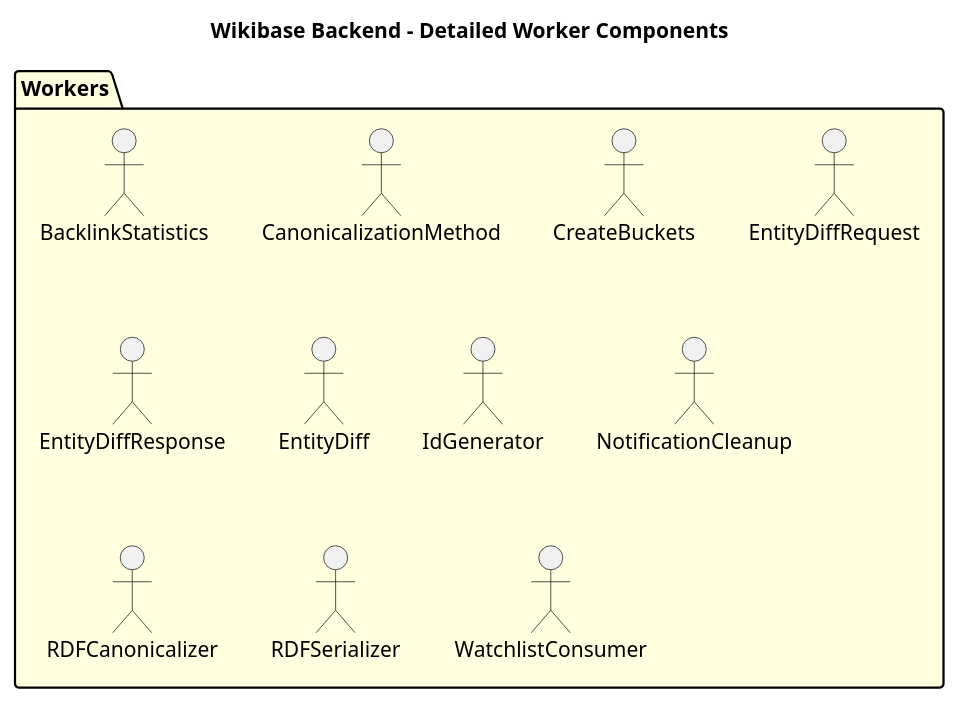
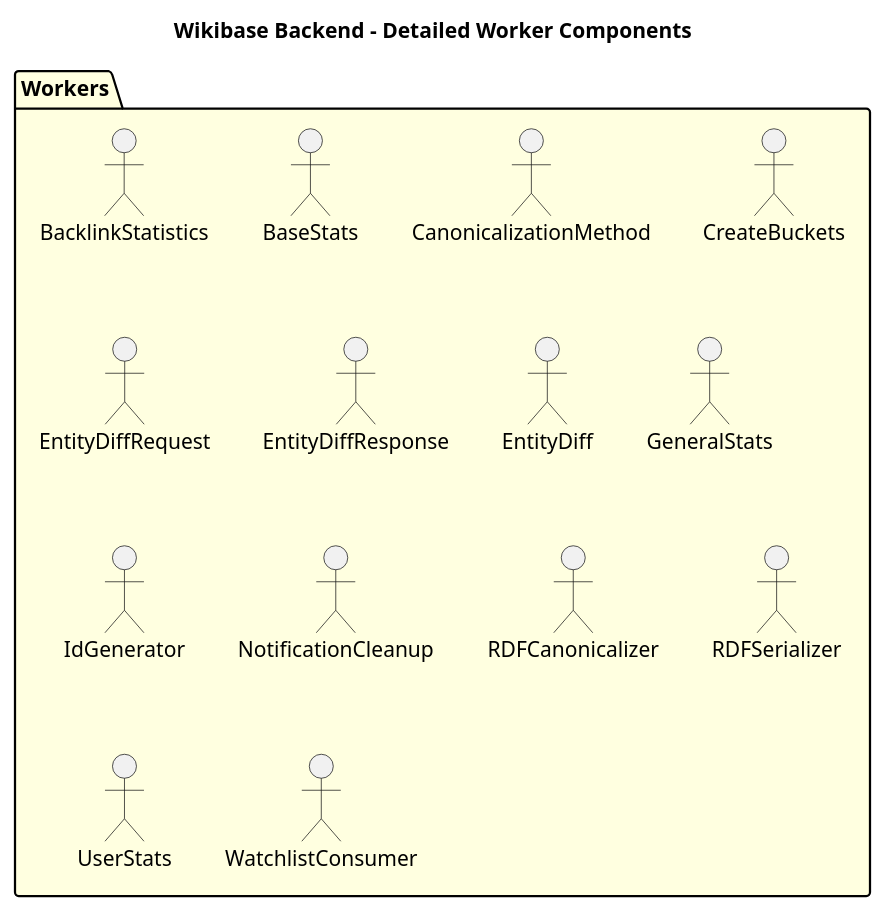
Before and after one commit to dpriskorn/entitybase-backend: the diagram in doc/DIAGRAMS/detailed_worker_components.puml, drawn with PlantUML. The commit also changed 22 other files, not shown here.

```diff
--- a/doc/DIAGRAMS/detailed_worker_components.puml
+++ b/doc/DIAGRAMS/detailed_worker_components.puml
@@ -1,19 +1,22 @@
 @startuml Detailed Worker Components
 
 title Wikibase Backend - Detailed Worker Components
 
 package "Workers" as Workers #LightYellow {
     "BacklinkStatistics" as BacklinkStatisticsWorker
+    "BaseStats" as BaseStatsWorker
     "CanonicalizationMethod" as CanonicalizationMethod
     "CreateBuckets" as CreateBuckets
     "EntityDiffRequest" as EntityDiffRequest
     "EntityDiffResponse" as EntityDiffResponse
     "EntityDiff" as EntityDiffWorker
+    "GeneralStats" as GeneralStatsWorker
     "IdGenerator" as IdGeneratorWorker
     "NotificationCleanup" as NotificationCleanupWorker
     "RDFCanonicalizer" as RDFCanonicalizer
     "RDFSerializer" as RDFSerializer
+    "UserStats" as UserStatsWorker
     "WatchlistConsumer" as WatchlistConsumerWorker
 }
 
 @enduml
```
